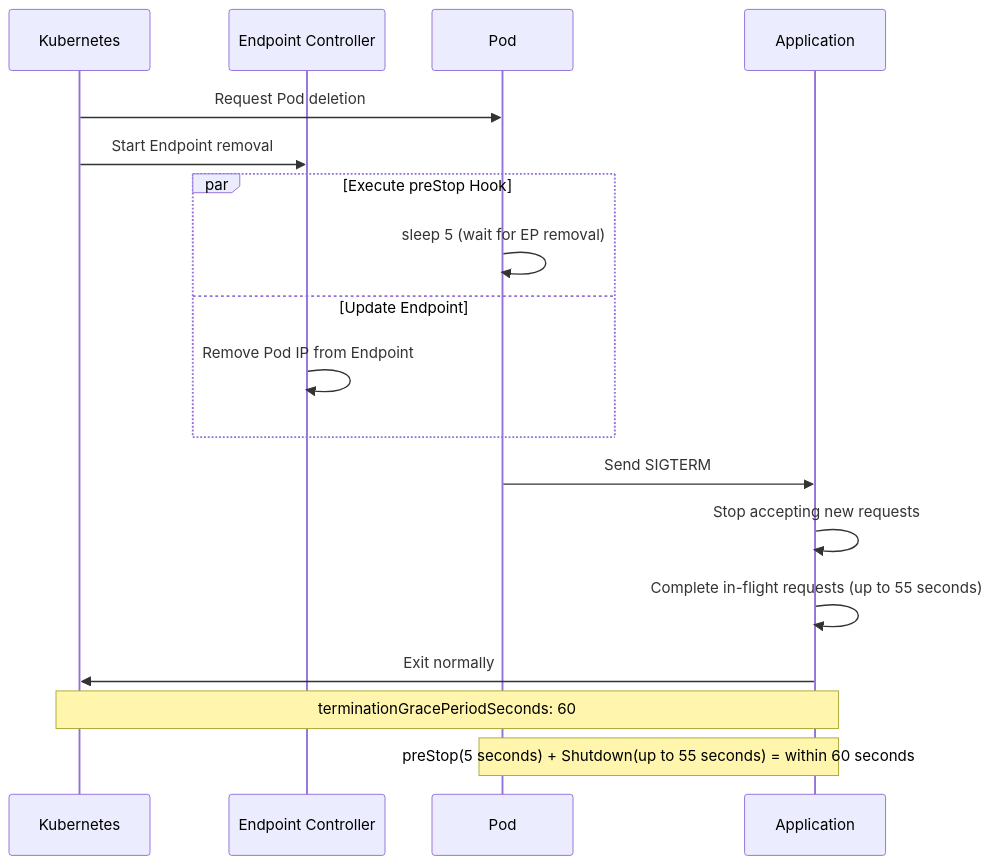
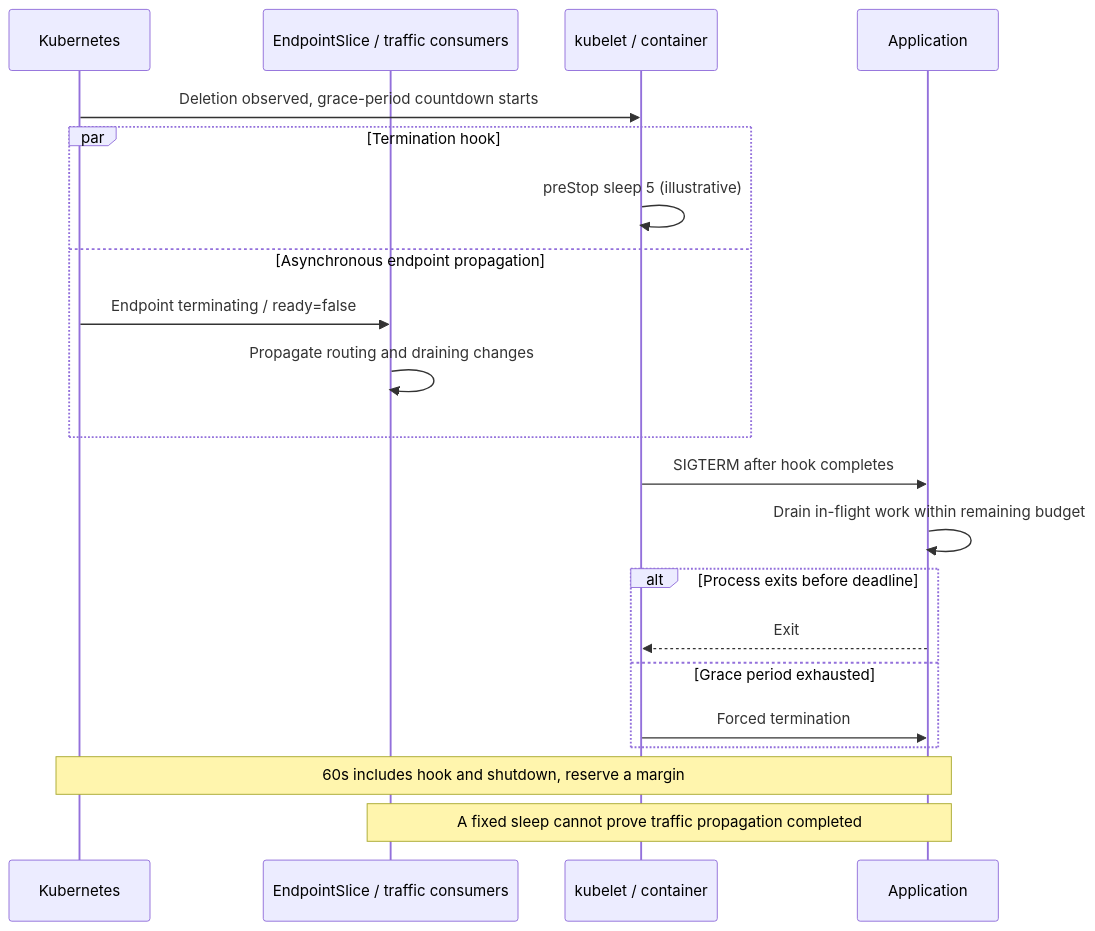
Before and after one commit to devfloor9/engineering-playbook: the sixth of 7 diagrams in i18n/en/docusaurus-plugin-content-docs/current/eks-best-practices/operations-reliability/eks-resiliency-guide.md, drawn with Mermaid. The commit also changed other lines of this file and 1 other file, not shown here.

````diff
--- a/i18n/en/docusaurus-plugin-content-docs/current/eks-best-practices/operations-reliability/eks-resiliency-guide.md
+++ b/i18n/en/docusaurus-plugin-content-docs/current/eks-best-practices/operations-reliability/eks-resiliency-guide.md
@@ -897,24 +894,23 @@
 ```mermaid
 sequenceDiagram
     participant K8s as Kubernetes
-    participant EP as Endpoint Controller
-    participant Pod as Pod
+    participant EP as EndpointSlice / traffic consumers
+    participant Pod as kubelet / container
     participant App as Application
-
-    K8s->>Pod: Request Pod deletion
-    K8s->>EP: Start Endpoint removal
-
-    par Execute preStop Hook
-        Pod->>Pod: sleep 5 (wait for EP removal)
-    and Update Endpoint
-        EP->>EP: Remove Pod IP from Endpoint
+    K8s->>Pod: Deletion observed, grace-period countdown starts
+    par Termination hook
+        Pod->>Pod: preStop sleep 5 (illustrative)
+    and Asynchronous endpoint propagation
+        K8s->>EP: Endpoint terminating / ready=false
+        EP->>EP: Propagate routing and draining changes
     end
-
-    Pod->>App: Send SIGTERM
-    App->>App: Stop accepting new requests
-    App->>App: Complete in-flight requests (up to 55 seconds)
-    App->>K8s: Exit normally
-
-    Note over K8s,App: terminationGracePeriodSeconds: 60
-    Note over Pod,App: preStop(5 seconds) + Shutdown(up to 55 seconds) = within 60 seconds
+    Pod->>App: SIGTERM after hook completes
+    App->>App: Drain in-flight work within remaining budget
+    alt Process exits before deadline
+        App-->>Pod: Exit
+    else Grace period exhausted
+        Pod->>App: Forced termination
+    end
+    Note over K8s,App: 60s includes hook and shutdown, reserve a margin
+    Note over EP,App: A fixed sleep cannot prove traffic propagation completed
 ```
````
